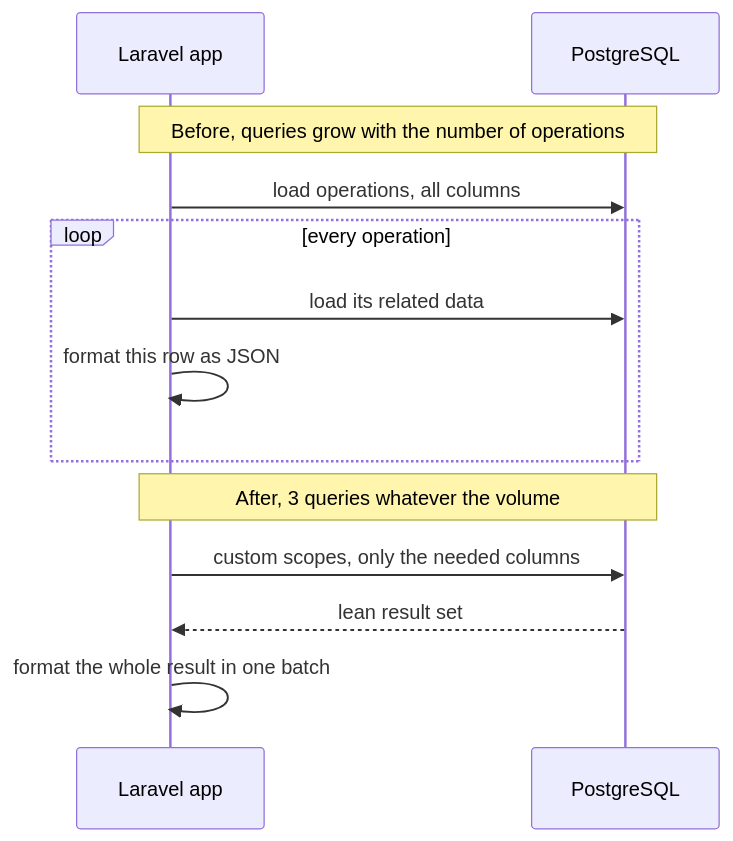
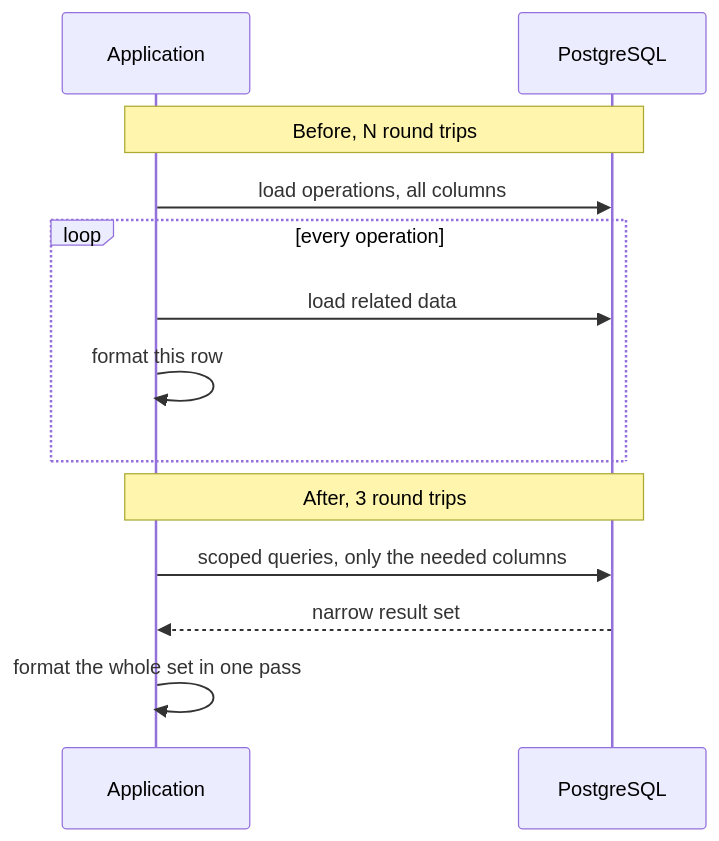
The diagram in src/posts/export-n-plus-one-14s-to-300ms.md (TeoBerguerre/teoislearning), drawn with Mermaid before and after one commit. The commit also changed other lines of this file, not shown here.

````diff
--- a/src/posts/export-n-plus-one-14s-to-300ms.md
+++ b/src/posts/export-n-plus-one-14s-to-300ms.md
@@ -24,15 +36,15 @@
 ```mermaid
 sequenceDiagram
-    participant App as Laravel app
+    participant App as Application
     participant DB as PostgreSQL
-    Note over App,DB: Before, queries grow with the number of operations
+    Note over App,DB: Before, N round trips
     App->>DB: load operations, all columns
     loop every operation
-        App->>DB: load its related data
-        App->>App: format this row as JSON
+        App->>DB: load related data
+        App->>App: format this row
     end
-    Note over App,DB: After, 3 queries whatever the volume
-    App->>DB: custom scopes, only the needed columns
-    DB-->>App: lean result set
-    App->>App: format the whole result in one batch
+    Note over App,DB: After, 3 round trips
+    App->>DB: scoped queries, only the needed columns
+    DB-->>App: narrow result set
+    App->>App: format the whole set in one pass
 ```
````
